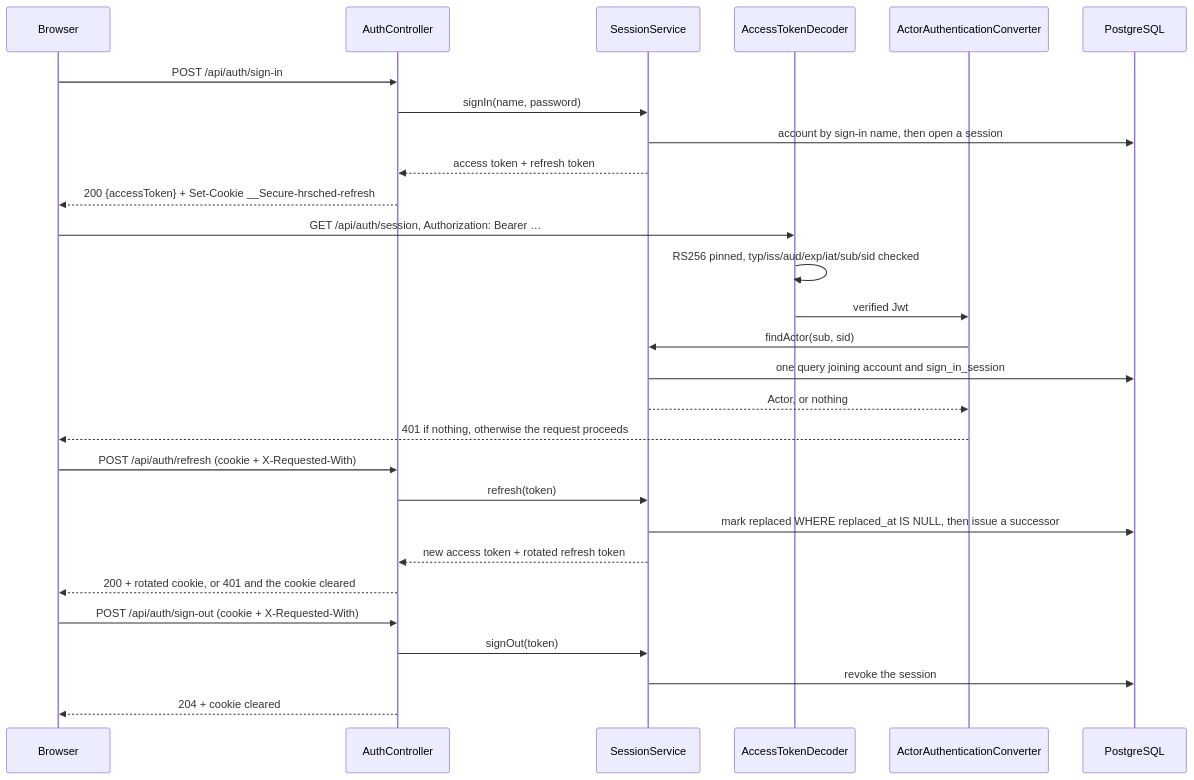
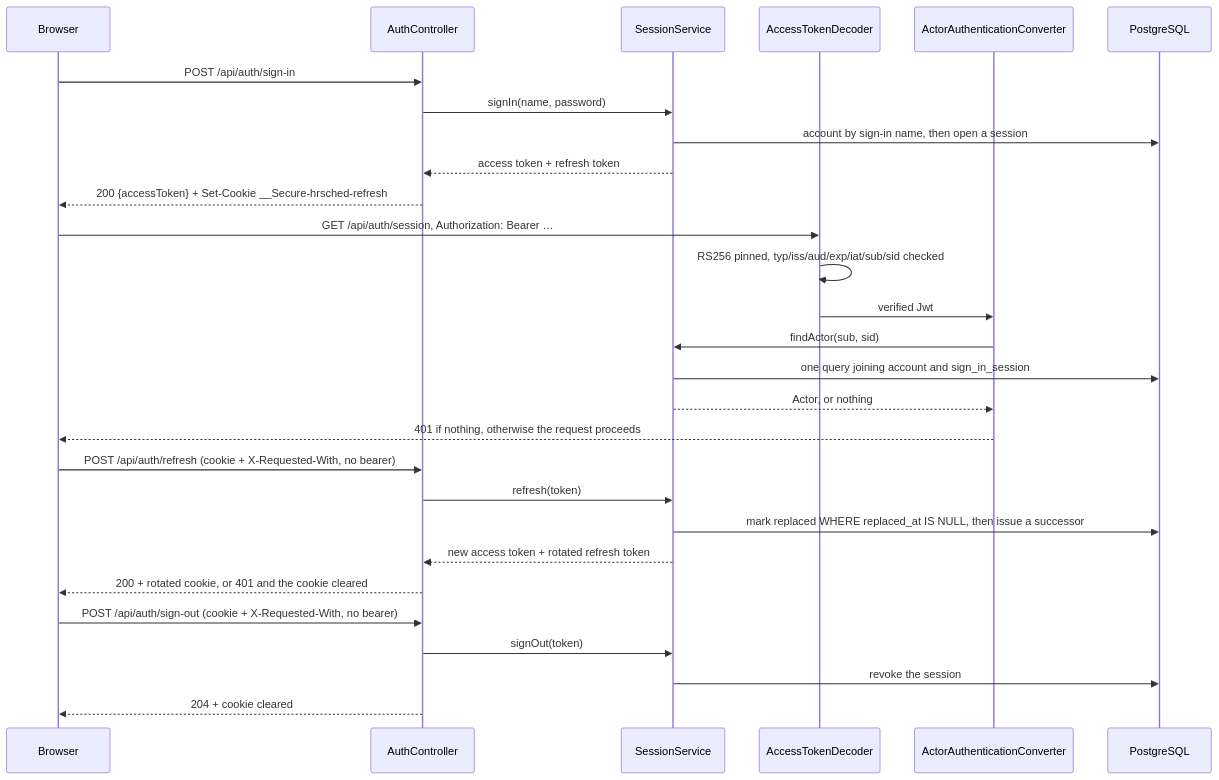
Before and after one commit to NaimElijah/HrSched: the second of 3 diagrams in docs/architecture/architecture.md, drawn with Mermaid. The commit also changed other lines of this file and 2 other files, not shown here.

Commit message:
fix(frontend): send no access token with the refresh and sign-out requests
send() attached the held access token to every request. The backend
refuses a token that fails verification on every route before the
controller reads the cookie, and the client renews only after a 401,
which is usually the token having expired. So the renewal carried the
expired token and was refused, ending a session whose cookie was good
about ten minutes in; and a sign-out after idle was refused the same
way, leaving the session unrevoked and the cookie in place for a reload
to restore.

The two cookie-credentialed paths are now named in one constant and
sent no token. It is not all of /api/auth/: reading the session and
changing the password need the token, and tests pin that they still
carry it. The auth doc comment claimed every auth call was credentialed
by something other than the token; it now says which are.

Refs #179

````diff
--- a/docs/architecture/architecture.md
+++ b/docs/architecture/architecture.md
@@ -182,34 +182,34 @@
 ```mermaid
 sequenceDiagram
     participant B as Browser
     participant A as AuthController
     participant S as SessionService
     participant D as AccessTokenDecoder
     participant V as ActorAuthenticationConverter
     participant DB as PostgreSQL
 
     B->>A: POST /api/auth/sign-in
     A->>S: signIn(name, password)
     S->>DB: account by sign-in name, then open a session
     S-->>A: access token + refresh token
     A-->>B: 200 {accessToken} + Set-Cookie __Secure-hrsched-refresh
 
     B->>D: GET /api/auth/session, Authorization: Bearer …
     D->>D: RS256 pinned, typ/iss/aud/exp/iat/sub/sid checked
     D->>V: verified Jwt
     V->>S: findActor(sub, sid)
     S->>DB: one query joining account and sign_in_session
     S-->>V: Actor, or nothing
     V-->>B: 401 if nothing, otherwise the request proceeds
 
-    B->>A: POST /api/auth/refresh (cookie + X-Requested-With)
+    B->>A: POST /api/auth/refresh (cookie + X-Requested-With, no bearer)
     A->>S: refresh(token)
     S->>DB: mark replaced WHERE replaced_at IS NULL, then issue a successor
     S-->>A: new access token + rotated refresh token
     A-->>B: 200 + rotated cookie, or 401 and the cookie cleared
 
-    B->>A: POST /api/auth/sign-out (cookie + X-Requested-With)
+    B->>A: POST /api/auth/sign-out (cookie + X-Requested-With, no bearer)
     A->>S: signOut(token)
     S->>DB: revoke the session
     A-->>B: 204 + cookie cleared
 ```
````
